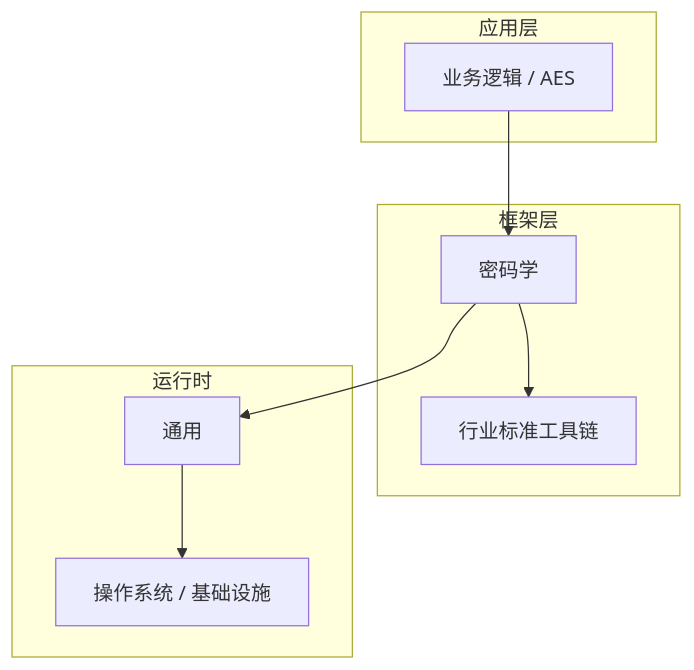
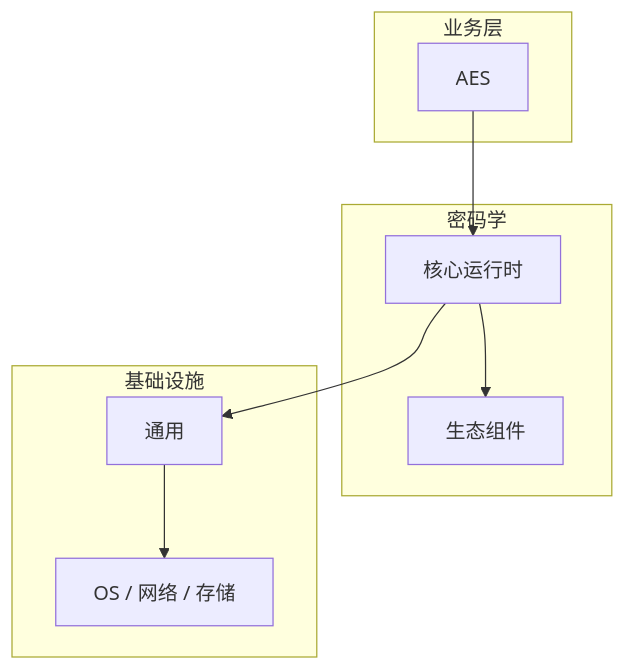
One commit to yanggan2015/knowledge-json-v2 changed the diagram in articles/密码学/chapters/016-AES核心概念与原理.md. Above: the diagram before and after it, drawn with Mermaid. The commit also changed other lines of this file and 10127 other files, not shown here.

````diff
--- a/articles/密码学/chapters/016-AES核心概念与原理.md
+++ b/articles/密码学/chapters/016-AES核心概念与原理.md
@@ -46,18 +31,18 @@
 ```mermaid
 graph TB
-    subgraph 应用层
-        A[业务逻辑 / AES]
+    subgraph 业务层
+        A[AES]
     end
-    subgraph 框架层
-        B[密码学]
-        C[行业标准工具链]
+    subgraph 密码学
+        B[核心运行时]
+        C[生态组件]
     end
-    subgraph 运行时
+    subgraph 基础设施
         D[通用]
-        E[操作系统 / 基础设施]
+        E[OS / 网络 / 存储]
     end
     A --> B
     B --> C
     B --> D
     D --> E
 ```
````
